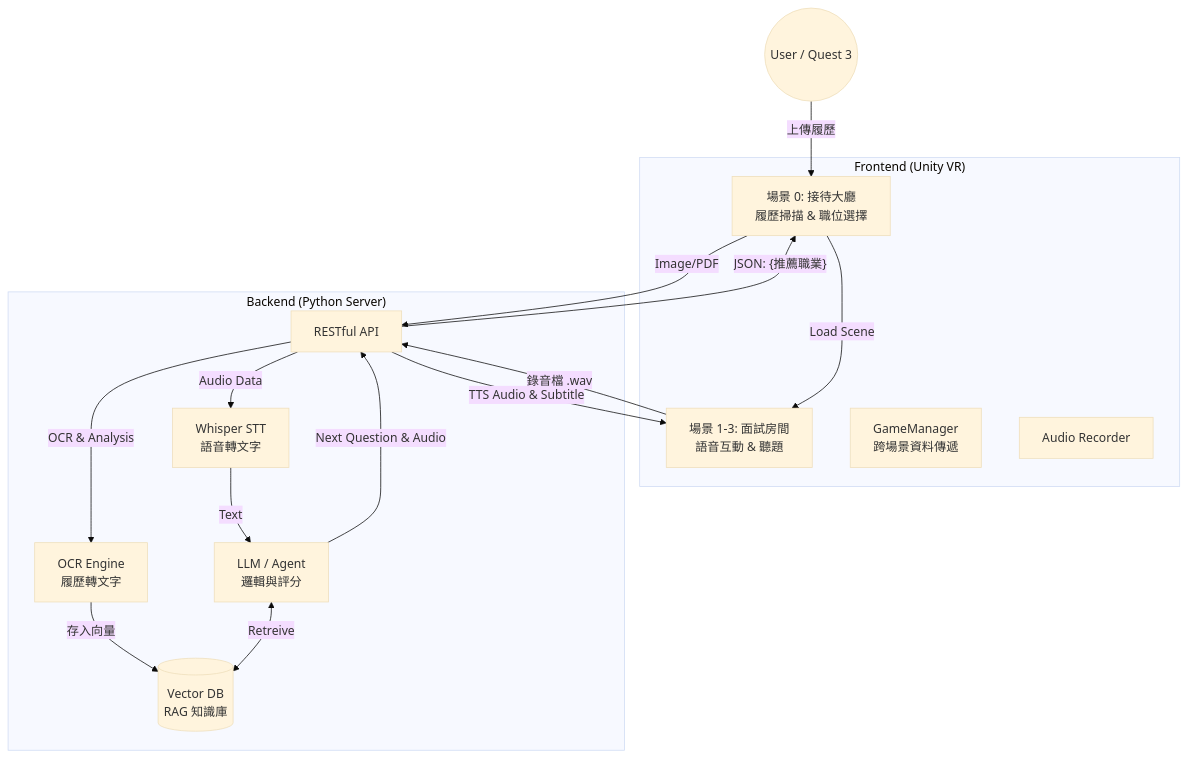
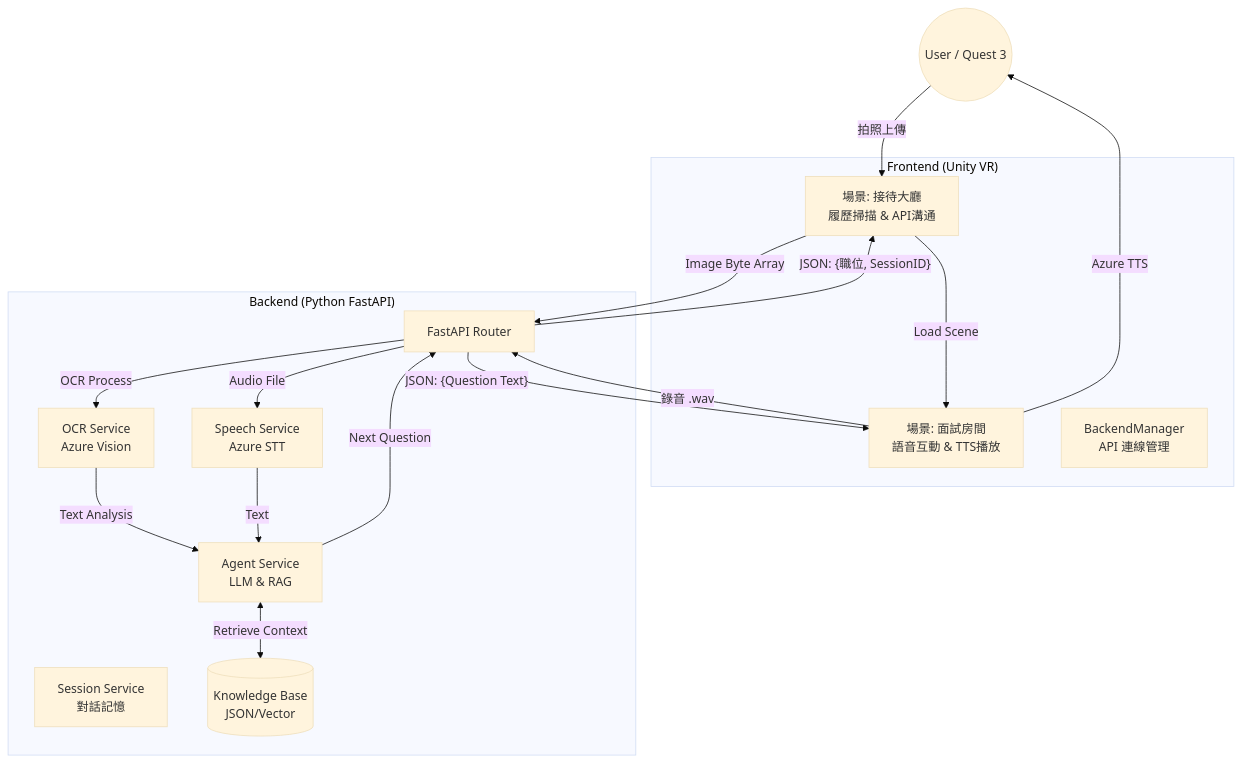
The diagram in README.md (taiyou100001/rag-interview-bot), drawn with Mermaid (base theme) before and after one commit. The commit also changed other lines of this file, not shown here.

````diff
--- a/README.md
+++ b/README.md
@@ -33,34 +35,35 @@
 ```mermaid
 graph TD
     User((User / Quest 3))
     
     subgraph "Frontend (Unity VR)"
-        Lobby[場景 0: 接待大廳<br>履歷掃描 & 職位選擇]
-        Interview[場景 1-3: 面試房間<br>語音互動 & 聽題]
-        Mgr[GameManager<br>跨場景資料傳遞]
-        Recorder[Audio Recorder]
+        Lobby[場景: 接待大廳<br>履歷掃描 & API溝通]
+        Interview[場景: 面試房間<br>語音互動 & TTS播放]
+        Mgr[BackendManager<br>API 連線管理]
     end
 
-    subgraph "Backend (Python Server)"
-        API[RESTful API]
-        OCR[OCR Engine<br>履歷轉文字]
-        LLM[LLM / Agent<br>邏輯與評分]
-        VectorDB[(Vector DB<br>RAG 知識庫)]
-        STT[Whisper STT<br>語音轉文字]
+    subgraph "Backend (Python FastAPI)"
+        API[FastAPI Router]
+        OCR[OCR Service<br>Azure Vision]
+        Agent[Agent Service<br>LLM & RAG]
+        Session[Session Service<br>對話記憶]
+        STT[Speech Service<br>Azure STT]
+        VectorDB[(Knowledge Base<br>JSON/Vector)]
     end
 
-    User -->|上傳履歷| Lobby
-    Lobby -->|Image/PDF| API
-    API -->|OCR & Analysis| OCR
-    OCR -->|存入向量| VectorDB
-    API --JSON: {推薦職業}--> Lobby
+    User -->|拍照上傳| Lobby
+    Lobby -->|Image Byte Array| API
+    API -->|OCR Process| OCR
+    OCR -->|Text Analysis| Agent
+    API --JSON: {職位, SessionID}--> Lobby
     
     Lobby -->|Load Scene| Interview
     
-    Interview -->|錄音檔 .wav| API
-    API -->|Audio Data| STT
-    STT -->|Text| LLM
-    LLM <-->|Retreive| VectorDB
-    LLM -->|Next Question & Audio| API
-    API -->|TTS Audio & Subtitle| Interview
+    Interview -->|錄音 .wav| API
+    API -->|Audio File| STT
+    STT -->|Text| Agent
+    Agent <-->|Retrieve Context| VectorDB
+    Agent -->|Next Question| API
+    API --JSON: {Question Text}--> Interview
+    Interview -->|Azure TTS| User
 ```
````
